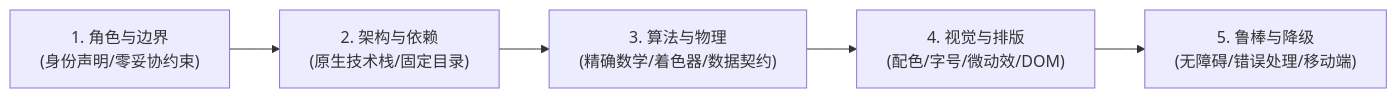
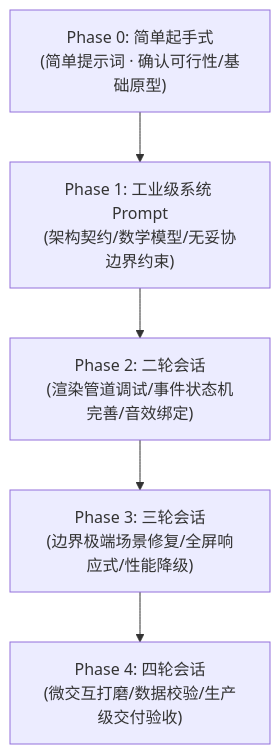
Before and after one commit to 9E307/awesome-kimi-k3-frontend-prompt: the diagram in README.md, drawn with Mermaid. The commit also changed other lines of this file and 157 other files, not shown here.

````diff
--- a/README.md
+++ b/README.md
@@ -163,7 +111,7 @@
 ```mermaid
-flowchart LR
-    A["1. 角色与边界<br/>(身份声明/零妥协约束)"] --> B["2. 架构与依赖<br/>(原生技术栈/固定目录)"]
-    B --> C["3. 算法与物理<br/>(精确数学/着色器/数据契约)"]
-    C --> D["4. 视觉与排版<br/>(配色/字号/微动效/DOM)"]
-    D --> E["5. 鲁棒与降级<br/>(无障碍/错误处理/移动端)"]
+flowchart TD
+    S["Phase 0: 简单起手式<br/>(简单提示词 · 确认可行性/基础原型)"] --> A["Phase 1: 工业级系统 Prompt<br/>(架构契约/数学模型/无妥协边界约束)"]
+    A --> B["Phase 2: 二轮会话<br/>(渲染管道调试/事件状态机完善/音效绑定)"]
+    B --> C["Phase 3: 三轮会话<br/>(边界极端场景修复/全屏响应式/性能降级)"]
+    C --> D["Phase 4: 四轮会话<br/>(微交互打磨/数据校验/生产级交付验收)"]
 ```
````
